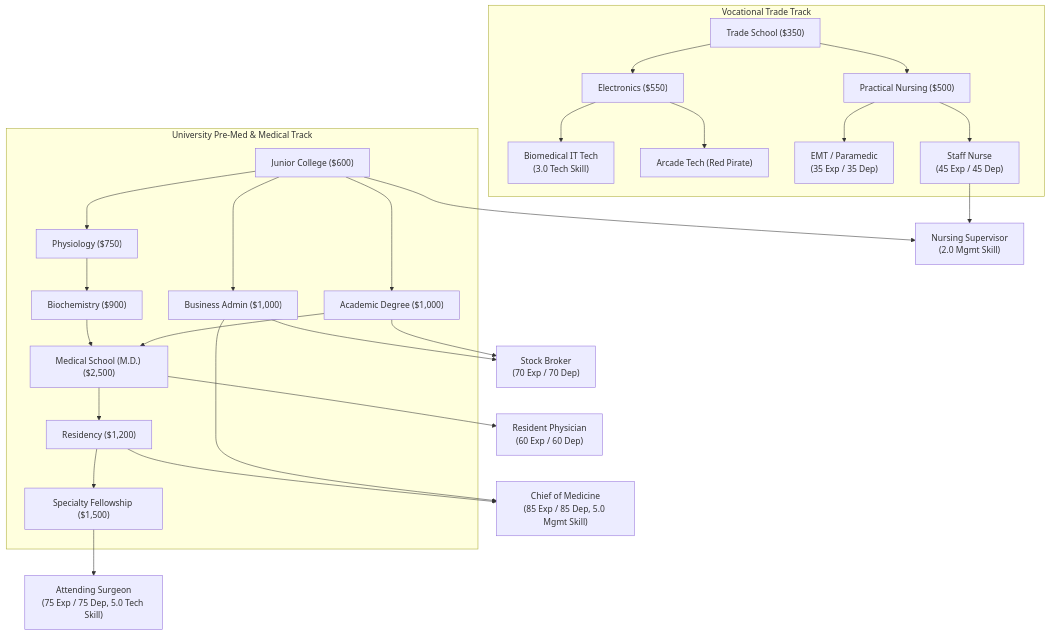
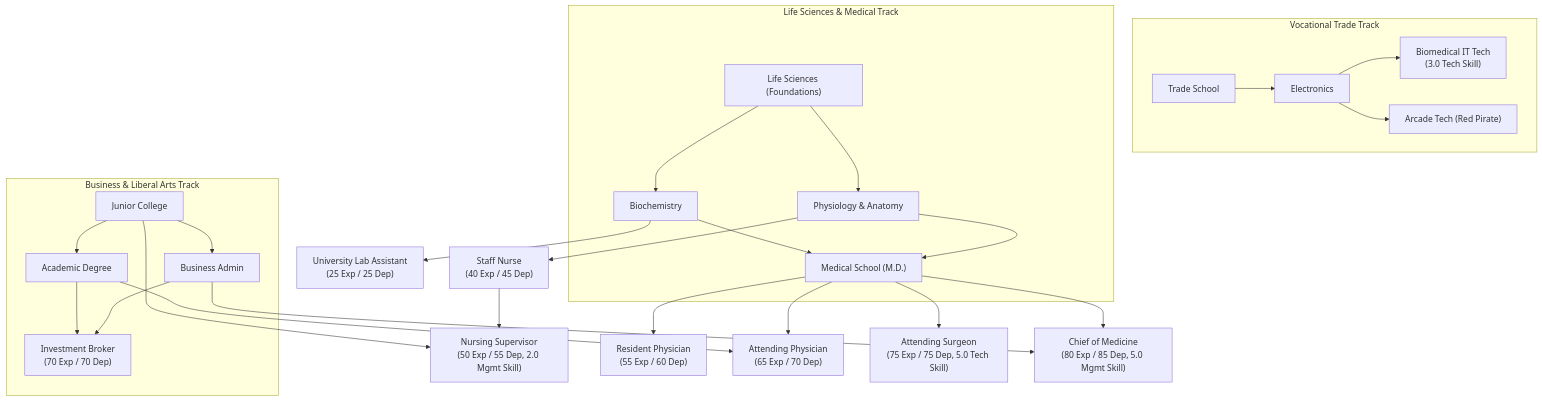
Before and after one commit to yh-github/fastlane: the diagram in docs/advanced_2000_plan.md, drawn with Mermaid. The commit also changed other lines of this file and 13 other files, not shown here.

````diff
--- a/docs/advanced_2000_plan.md
+++ b/docs/advanced_2000_plan.md
@@ -45,27 +45,28 @@
 ```mermaid
 flowchart TD
-    subgraph Trade_School_Track["Vocational Trade Track"]
-        TS["Trade School ($350)"] --> ELEC["Electronics ($550)"]
-        TS --> NURS["Practical Nursing ($500)"]
+    subgraph Vocational_Track["Vocational Trade Track"]
+        TS["Trade School"] --> ELEC["Electronics"]
         ELEC --> BIO_IT["Biomedical IT Tech\n(3.0 Tech Skill)"]
         ELEC --> ARC["Arcade Tech (Red Pirate)"]
-        NURS --> EMT["EMT / Paramedic\n(35 Exp / 35 Dep)"]
-        NURS --> RN["Staff Nurse\n(45 Exp / 45 Dep)"]
     end
 
-    subgraph University_PreMed_Track["University Pre-Med & Medical Track"]
-        JC["Junior College ($600)"] --> PHYS["Physiology ($750)"]
-        JC --> BA["Business Admin ($1,000)"]
-        JC --> ACAD["Academic Degree ($1,000)"]
-        PHYS --> BIOCHEM["Biochemistry ($900)"]
-        BIOCHEM & ACAD --> MED["Medical School (M.D.) ($2,500)"]
-        MED --> RES["Residency ($1,200)"]
-        RES --> FELLOW["Specialty Fellowship ($1,500)"]
+    subgraph Business_Academia_Track["Business & Liberal Arts Track"]
+        JC["Junior College"] --> BA["Business Admin"]
+        JC --> ACAD["Academic Degree"]
+        BA & ACAD --> BROKER["Investment Broker\n(70 Exp / 70 Dep)"]
     end
 
-    RN & JC --> NURSE_SUP["Nursing Supervisor\n(2.0 Mgmt Skill)"]
-    MED --> DOC_RES["Resident Physician\n(60 Exp / 60 Dep)"]
-    FELLOW --> SURG["Attending Surgeon\n(75 Exp / 75 Dep, 5.0 Tech Skill)"]
-    RES & BA --> CHIEF["Chief of Medicine\n(85 Exp / 85 Dep, 5.0 Mgmt Skill)"]
-    BA & ACAD --> BROKER["Stock Broker\n(70 Exp / 70 Dep)"]
+    subgraph Life_Sciences_Track["Life Sciences & Medical Track"]
+        LS["Life Sciences (Foundations)"] --> PHYS["Physiology & Anatomy"]
+        LS --> BIOCHEM["Biochemistry"]
+        PHYS & BIOCHEM --> MED["Medical School (M.D.)"]
+    end
+
+    BIOCHEM --> LAB_ASST["University Lab Assistant\n(25 Exp / 25 Dep)"]
+    PHYS --> RN["Staff Nurse\n(40 Exp / 45 Dep)"]
+    RN & JC --> NURSE_SUP["Nursing Supervisor\n(50 Exp / 55 Dep, 2.0 Mgmt Skill)"]
+    MED --> DOC_RES["Resident Physician\n(55 Exp / 60 Dep)"]
+    MED & ACAD --> DOC_ATT["Attending Physician\n(65 Exp / 70 Dep)"]
+    MED --> SURG["Attending Surgeon\n(75 Exp / 75 Dep, 5.0 Tech Skill)"]
+    MED & BA --> CHIEF["Chief of Medicine\n(80 Exp / 85 Dep, 5.0 Mgmt Skill)"]
 ```
````
